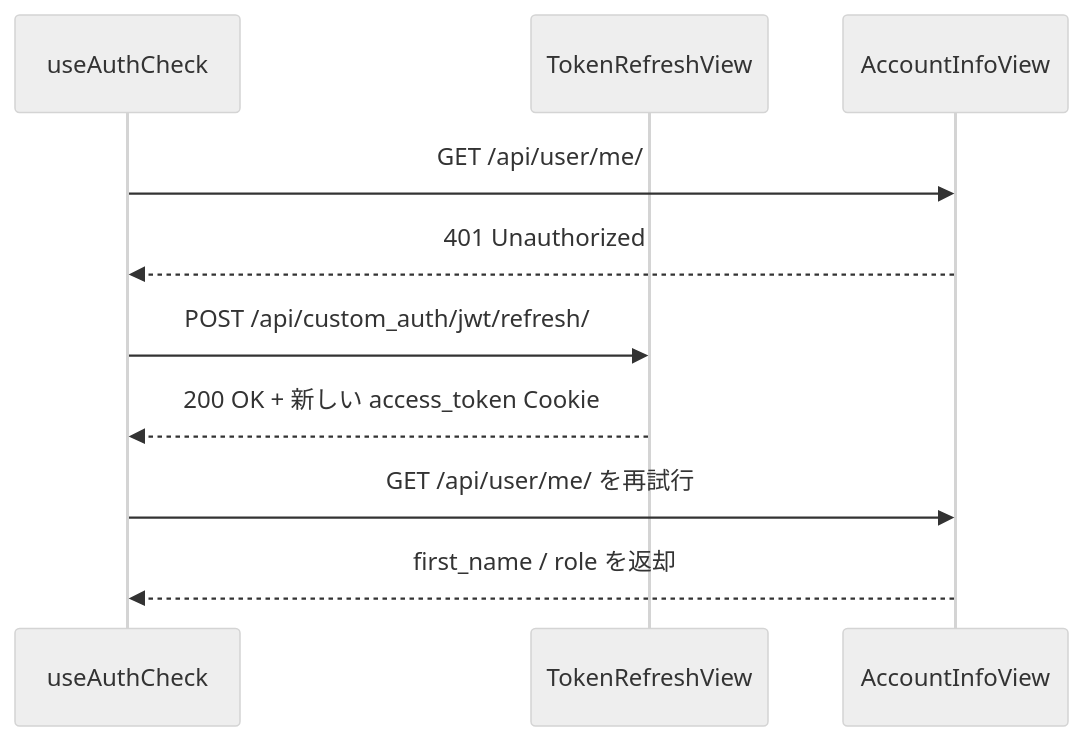
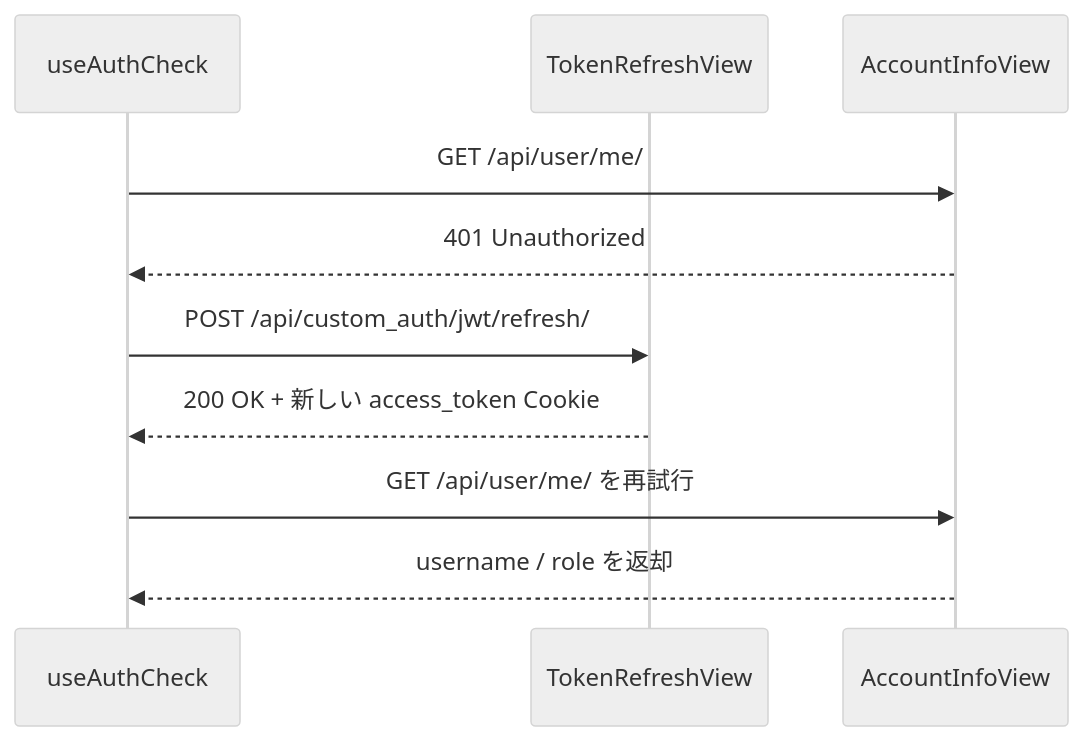
One commit to Saaka-y/korup changed the second of 2 diagrams in docs/account/sequence.md. Above: the diagram before and after it, drawn with Mermaid (neutral theme). The commit also changed other lines of this file and 11 other files, not shown here.

````diff
--- a/docs/account/sequence.md
+++ b/docs/account/sequence.md
@@ -20,13 +20,13 @@
 ```mermaid
 sequenceDiagram
     participant Front as useAuthCheck
     participant Refresh as TokenRefreshView
     participant View as AccountInfoView
 
     Front->>View: GET /api/user/me/
     View-->>Front: 401 Unauthorized
     Front->>Refresh: POST /api/custom_auth/jwt/refresh/
     Refresh-->>Front: 200 OK + 新しい access_token Cookie
     Front->>View: GET /api/user/me/ を再試行
-    View-->>Front: first_name / role を返却
+    View-->>Front: username / role を返却
 ```
````
